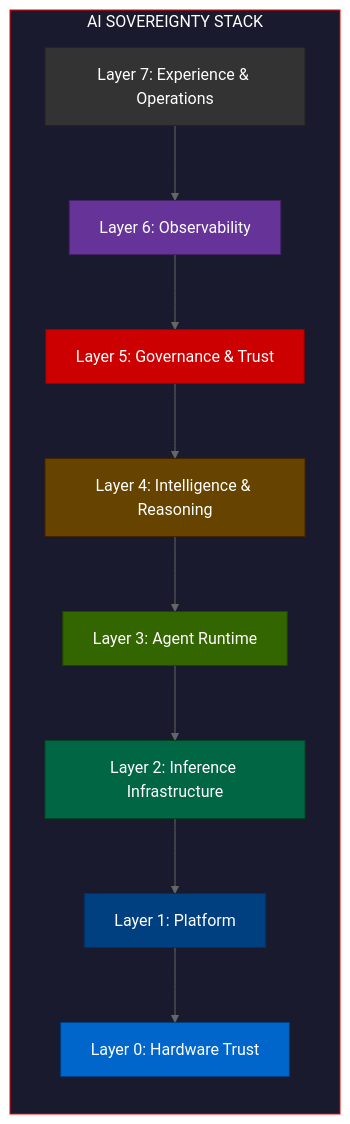
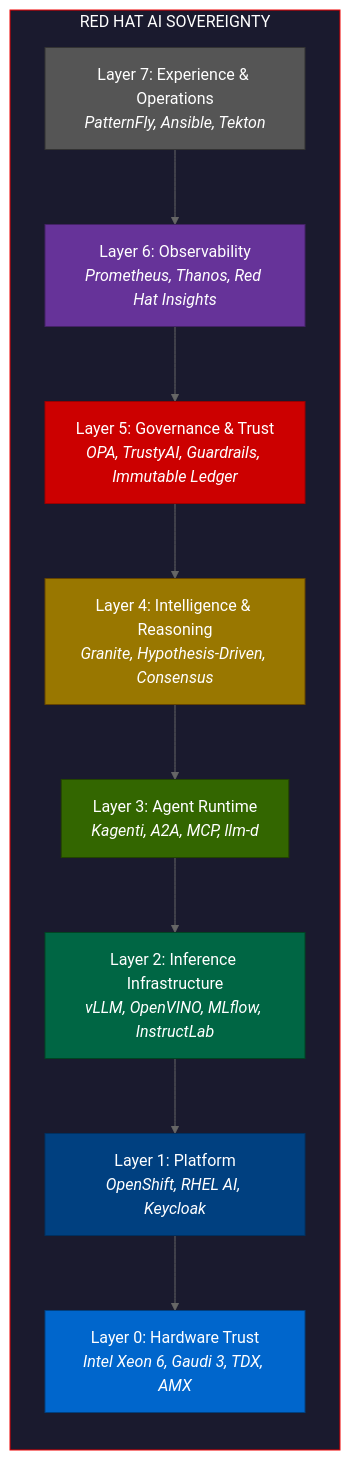
One commit to jkershawrh/ai-portfolio changed the first of 2 diagrams in README.md. Above: the diagram before and after it, drawn with Mermaid (neutral theme). The commit also changed other lines of this file, not shown here.

First line of the commit message:
Reframe portfolio as Red Hat AI Sovereignty vs. hyperscaler story

````diff
--- a/README.md
+++ b/README.md
@@ -11,26 +50,26 @@
 ```mermaid
 graph TB
-    subgraph SOV["AI SOVEREIGNTY STACK"]
+    subgraph SOV["RED HAT AI SOVEREIGNTY"]
         direction TB
-        L7["Layer 7: Experience & Operations"]
-        L6["Layer 6: Observability"]
-        L5["Layer 5: Governance & Trust"]
-        L4["Layer 4: Intelligence & Reasoning"]
-        L3["Layer 3: Agent Runtime"]
-        L2["Layer 2: Inference Infrastructure"]
-        L1["Layer 1: Platform"]
-        L0["Layer 0: Hardware Trust"]
+        L7["Layer 7: Experience & Operations<br/><i>PatternFly, Ansible, Tekton</i>"]
+        L6["Layer 6: Observability<br/><i>Prometheus, Thanos, Red Hat Insights</i>"]
+        L5["Layer 5: Governance & Trust<br/><i>OPA, TrustyAI, Guardrails, Immutable Ledger</i>"]
+        L4["Layer 4: Intelligence & Reasoning<br/><i>Granite, Hypothesis-Driven, Consensus</i>"]
+        L3["Layer 3: Agent Runtime<br/><i>Kagenti, A2A, MCP, llm-d</i>"]
+        L2["Layer 2: Inference Infrastructure<br/><i>vLLM, OpenVINO, MLflow, InstructLab</i>"]
+        L1["Layer 1: Platform<br/><i>OpenShift, RHEL AI, Keycloak</i>"]
+        L0["Layer 0: Hardware Trust<br/><i>Intel Xeon 6, Gaudi 3, TDX, AMX</i>"]
     end
 
     L7 --> L6 --> L5 --> L4 --> L3 --> L2 --> L1 --> L0
 
     style SOV fill:#1a1a2e,stroke:#e00,color:#fff
     style L0 fill:#0066cc,stroke:#004080,color:#fff
     style L1 fill:#004080,stroke:#003060,color:#fff
     style L2 fill:#006644,stroke:#004422,color:#fff
     style L3 fill:#336600,stroke:#224400,color:#fff
-    style L4 fill:#664400,stroke:#442200,color:#fff
+    style L4 fill:#997700,stroke:#664400,color:#fff
     style L5 fill:#cc0000,stroke:#990000,color:#fff
     style L6 fill:#663399,stroke:#442266,color:#fff
-    style L7 fill:#333333,stroke:#222222,color:#fff
+    style L7 fill:#555555,stroke:#333333,color:#fff
 ```
````
